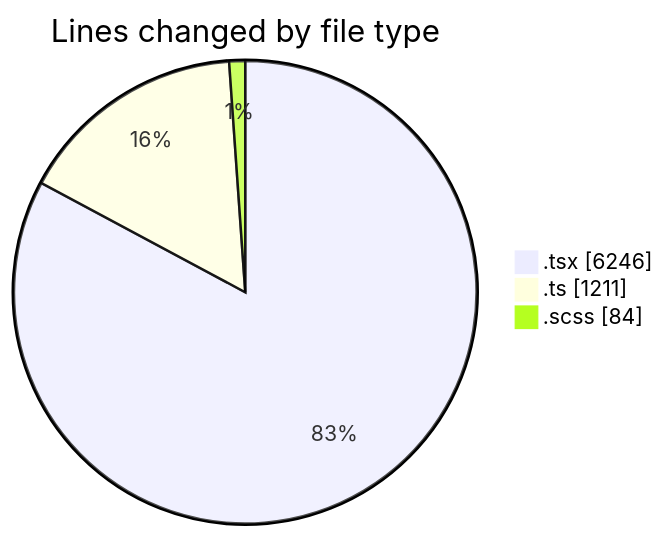
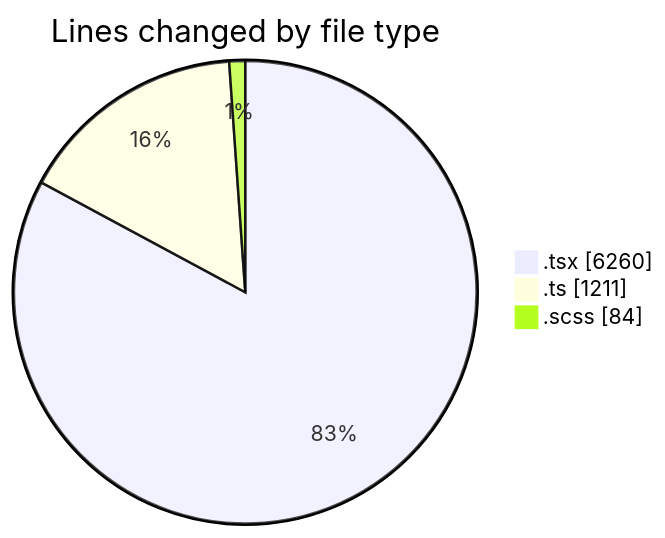
One commit to momahboobian/code-tracking changed the first of 2 diagrams in 2025-07-02/cda/README.md. Above: the diagram before and after it, drawn with Mermaid. The commit also changed other lines of this file and 1 other file, not shown here.

````diff
--- a/2025-07-02/cda/README.md
+++ b/2025-07-02/cda/README.md
@@ -38,7 +38,7 @@
 ```mermaid
 pie showData
 title Lines changed by file type
-".tsx" : 6246
+".tsx" : 6260
 ".ts" : 1211
 ".scss" : 84
 ```
````
